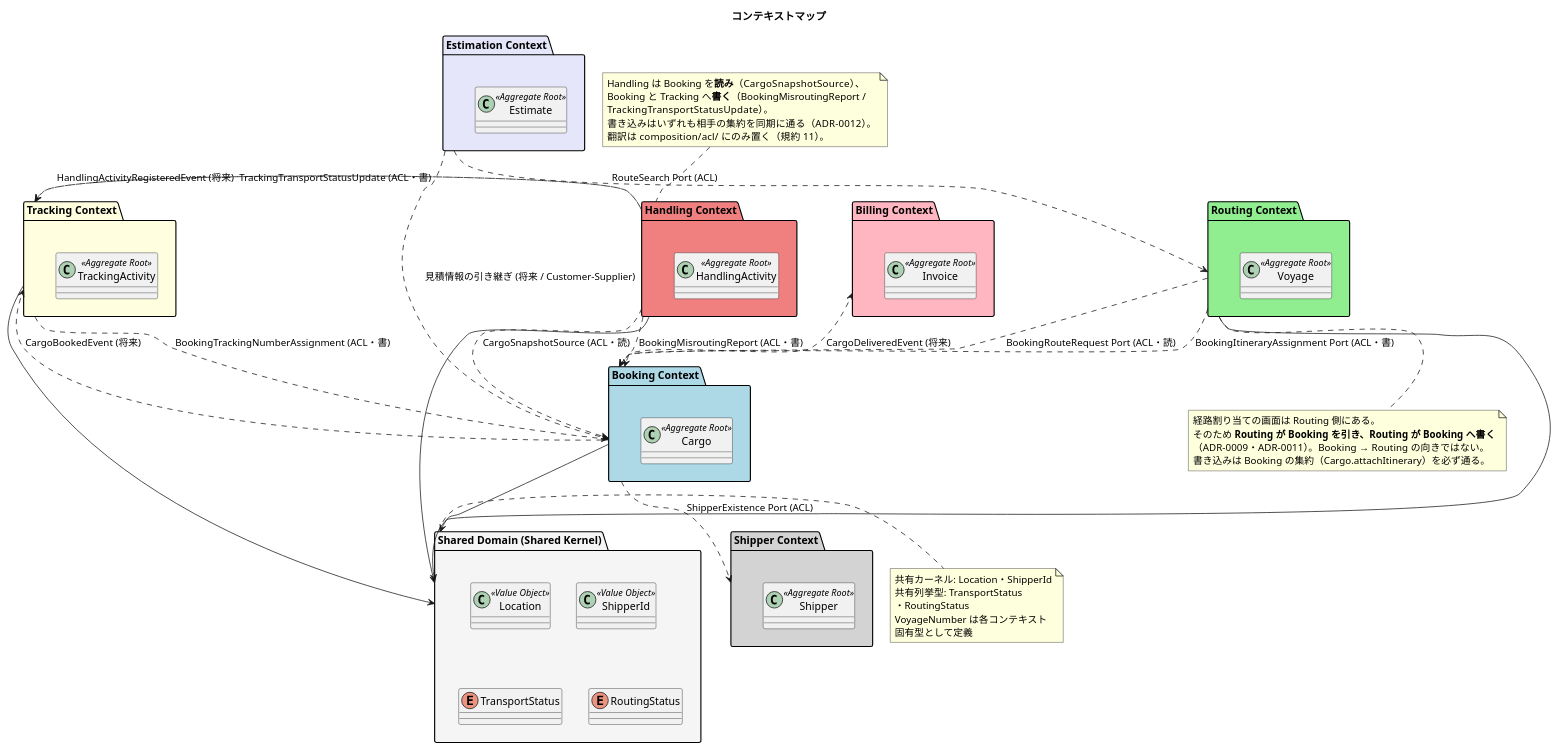
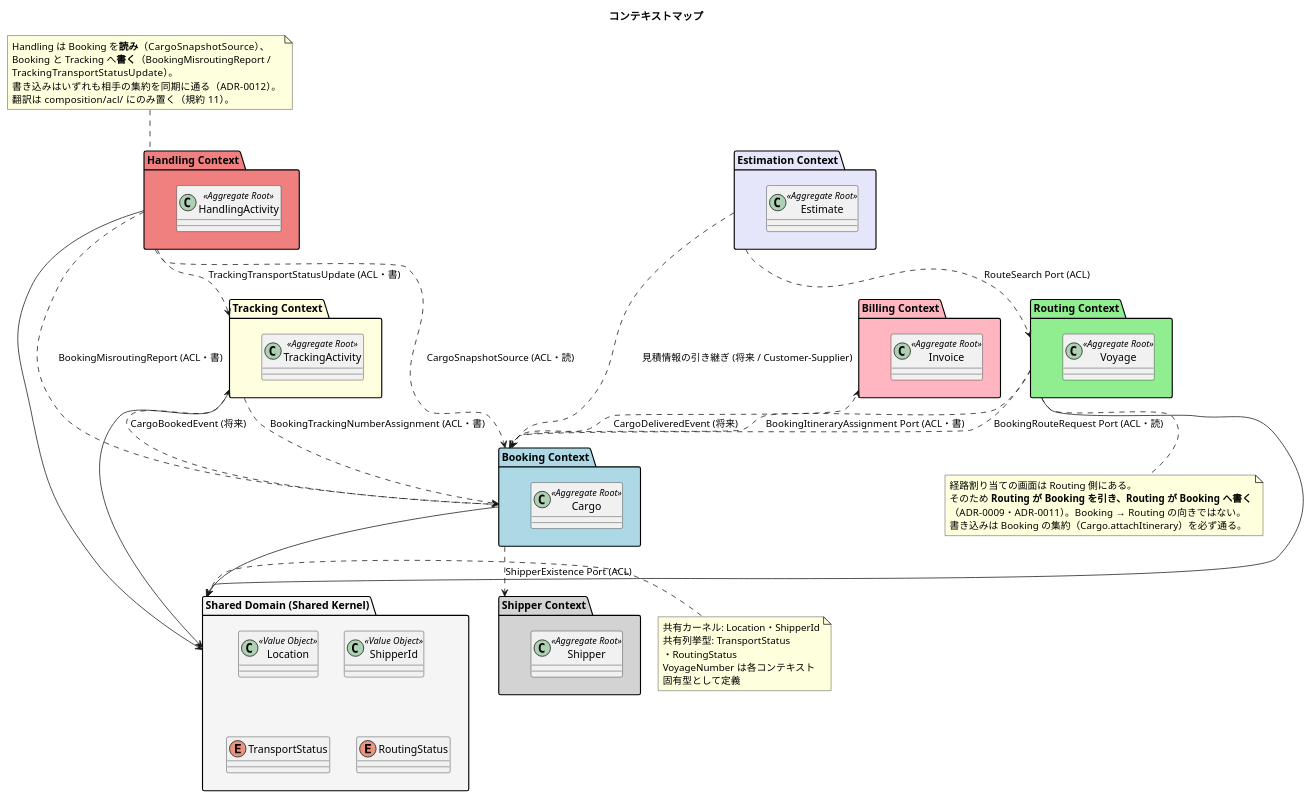
The second of 8 diagrams in docs/design/architecture_backend.md (k2works/case-study-cargo-tracker), drawn with PlantUML before and after one commit. The commit also changed 19 other files, not shown here.

````diff
--- a/docs/design/architecture_backend.md
+++ b/docs/design/architecture_backend.md
@@ -144,75 +144,74 @@
 ```plantuml
 @startuml
 title コンテキストマップ
 
 package "Booking Context" as booking #LightBlue {
   class Cargo <<Aggregate Root>>
 }
 package "Shipper Context" as shipper #LightGray {
   class Shipper <<Aggregate Root>>
 }
 package "Estimation Context" as estimation #Lavender {
   class Estimate <<Aggregate Root>>
 }
 package "Routing Context" as routing #LightGreen {
   class Voyage <<Aggregate Root>>
 }
 package "Tracking Context" as tracking #LightYellow {
   class TrackingActivity <<Aggregate Root>>
 }
 package "Handling Context" as handling #LightCoral {
   class HandlingActivity <<Aggregate Root>>
 }
 package "Billing Context" as billing #LightPink {
   class Invoice <<Aggregate Root>>
 }
 package "Shared Domain (Shared Kernel)" as shared #WhiteSmoke {
   class Location <<Value Object>>
   class ShipperId <<Value Object>>
   enum TransportStatus
   enum RoutingStatus
 }
 
 booking --> shared
 routing --> shared
 tracking --> shared
 handling --> shared
 
 estimation ..> booking : 見積情報の引き継ぎ (将来 / Customer-Supplier)
 estimation ..> routing : RouteSearch Port (ACL)
 routing ..> booking : BookingRouteRequest Port (ACL・読)
 routing ..> booking : BookingItineraryAssignment Port (ACL・書)
 booking ..> shipper : ShipperExistence Port (ACL)
 handling ..> booking : CargoSnapshotSource (ACL・読)
 handling ..> booking : BookingMisroutingReport (ACL・書)
 handling ..> tracking : TrackingTransportStatusUpdate (ACL・書)
 tracking ..> booking : BookingTrackingNumberAssignment (ACL・書)
 tracking <.. booking : CargoBookedEvent (将来)
-tracking <.. handling : HandlingActivityRegisteredEvent (将来)
 billing <.. booking : CargoDeliveredEvent (将来)
 
 note bottom of routing
   経路割り当ての画面は Routing 側にある。
   そのため **Routing が Booking を引き、Routing が Booking へ書く**
   （ADR-0009・ADR-0011）。Booking → Routing の向きではない。
   書き込みは Booking の集約（Cargo.attachItinerary）を必ず通る。
 end note
 
 note top of handling
   Handling は Booking を**読み**（CargoSnapshotSource）、
   Booking と Tracking へ**書く**（BookingMisroutingReport /
   TrackingTransportStatusUpdate）。
   書き込みはいずれも相手の集約を同期に通る（ADR-0012）。
   翻訳は composition/acl/ にのみ置く（規約 11）。
 end note
 
 note right of shared
   共有カーネル: Location・ShipperId
   共有列挙型: TransportStatus
   ・RoutingStatus
   VoyageNumber は各コンテキスト
   固有型として定義
 end note
 
 @enduml
 ```
````
